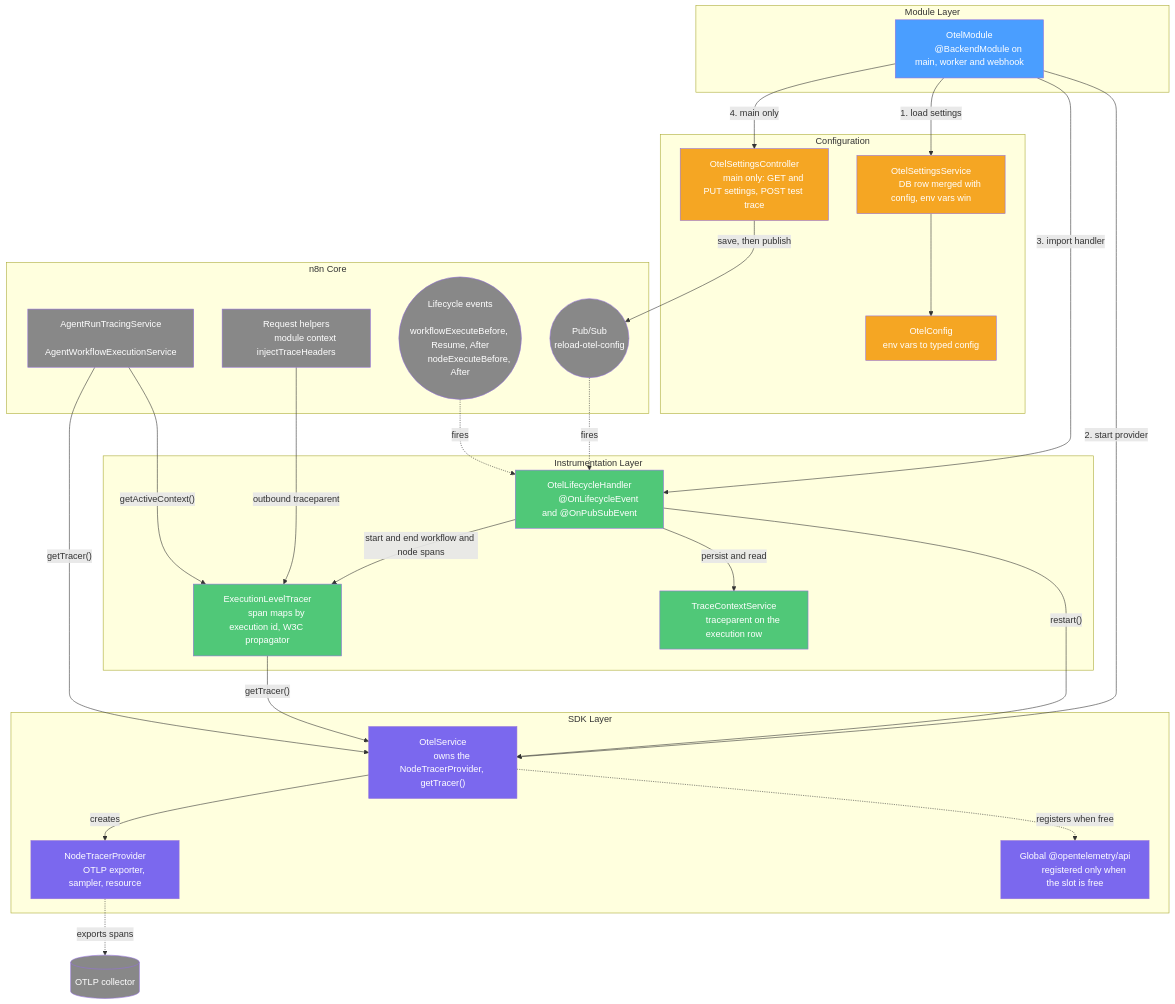
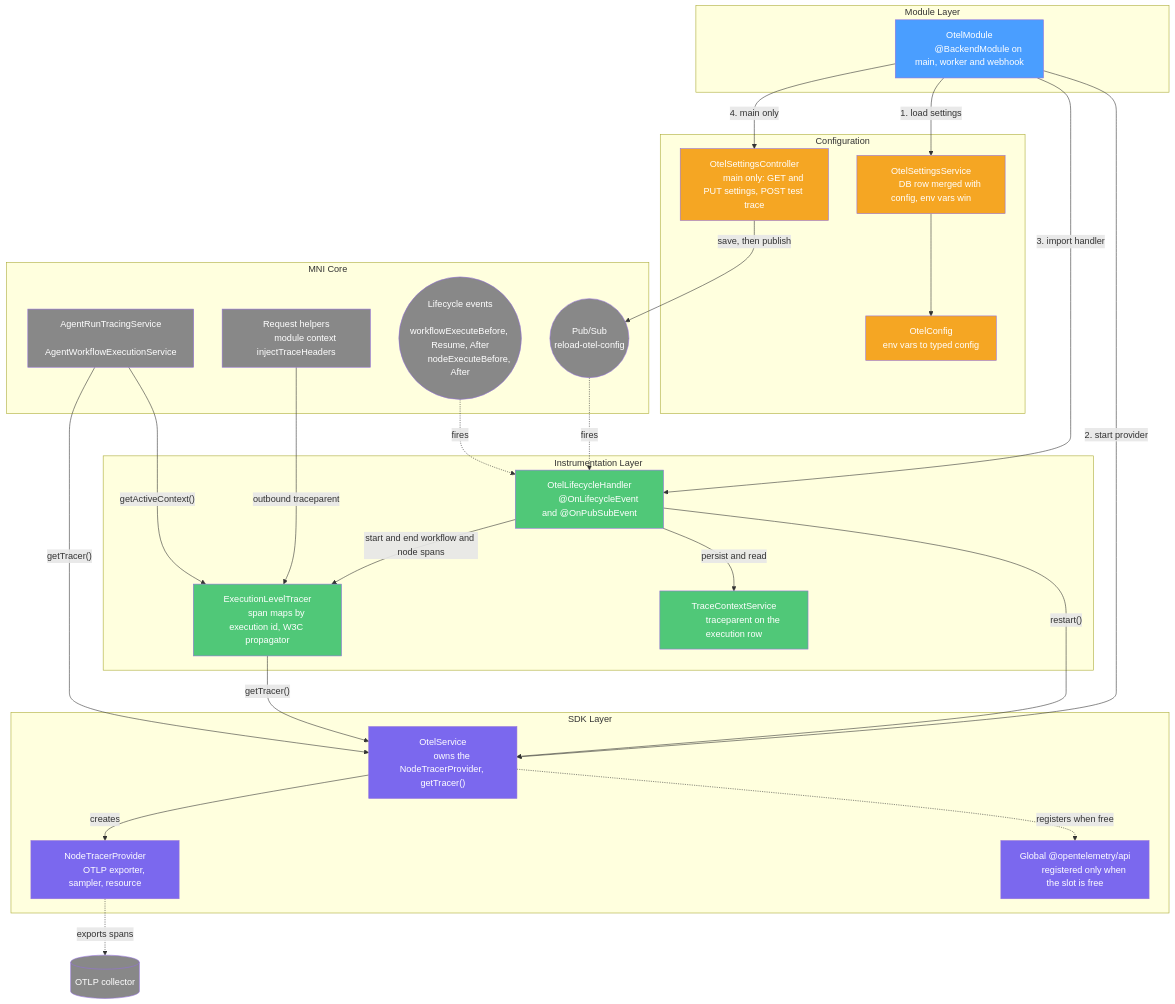
The diagram in packages/cli/src/modules/otel/README.md (Rajsingh18110/MNI), drawn with Mermaid before and after one commit. The commit also changed other lines of this file and 2767 other files, not shown here.

````diff
--- a/packages/cli/src/modules/otel/README.md
+++ b/packages/cli/src/modules/otel/README.md
@@ -44,80 +44,80 @@
 ```mermaid
 graph TD
     subgraph Module Layer
         MOD["OtelModule
         @BackendModule on main, worker and webhook"]
     end
 
     subgraph Configuration
         CFG["OtelConfig
         env vars to typed config"]
         SET["OtelSettingsService
         DB row merged with config, env vars win"]
         CTRL["OtelSettingsController
         main only: GET and PUT settings, POST test trace"]
     end
 
     subgraph SDK Layer
         SVC["OtelService
         owns the NodeTracerProvider, getTracer()"]
         SDK["NodeTracerProvider
         OTLP exporter, sampler, resource"]
         API["Global @opentelemetry/api
         registered only when the slot is free"]
     end
 
     subgraph Instrumentation Layer
         LCH["OtelLifecycleHandler
         @OnLifecycleEvent and @OnPubSubEvent"]
         ELT["ExecutionLevelTracer
         span maps by execution id, W3C propagator"]
         TCS["TraceContextService
         traceparent on the execution row"]
     end
 
-    subgraph n8n Core
+    subgraph MNI Core
         LC(("Lifecycle events
         workflowExecuteBefore, Resume, After
         nodeExecuteBefore, After"))
         PUB(("Pub/Sub
         reload-otel-config"))
         REQ["Request helpers
         module context injectTraceHeaders"]
         AGT["AgentRunTracingService
         AgentWorkflowExecutionService"]
     end
 
     COL[("OTLP collector")]
 
     MOD -- "1. load settings" --> SET
     SET --> CFG
     MOD -- "2. start provider" --> SVC
     SVC -- "creates" --> SDK
     SVC -. "registers when free" .-> API
     MOD -- "3. import handler" --> LCH
     MOD -- "4. main only" --> CTRL
     CTRL -- "save, then publish" --> PUB
     PUB -. "fires" .-> LCH
     LCH -- "restart()" --> SVC
 
     LC -. "fires" .-> LCH
     LCH -- "start and end workflow and node spans" --> ELT
     LCH -- "persist and read" --> TCS
     ELT -- "getTracer()" --> SVC
     REQ -- "outbound traceparent" --> ELT
     AGT -- "getActiveContext()" --> ELT
     AGT -- "getTracer()" --> SVC
     SDK -. "exports spans" .-> COL
 
     classDef module fill:#4a9eff,color:#fff
     classDef config fill:#f5a623,color:#fff
     classDef sdk fill:#7b68ee,color:#fff
     classDef inst fill:#50c878,color:#fff
     classDef core fill:#888,color:#fff
 
     class MOD module
     class CFG,SET,CTRL config
     class SVC,SDK,API sdk
     class LCH,ELT,TCS inst
     class LC,PUB,REQ,AGT,COL core
 ```
````
